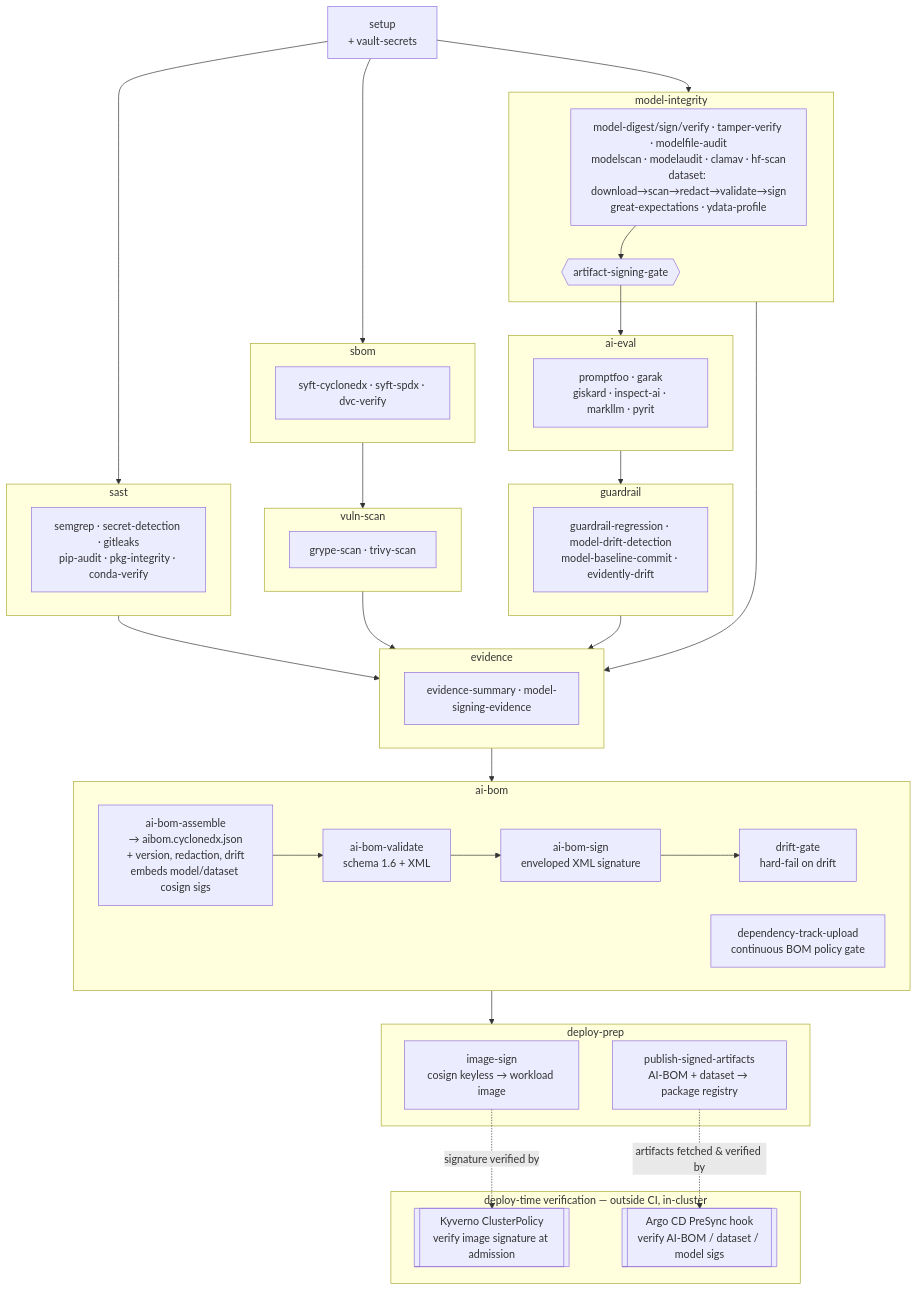
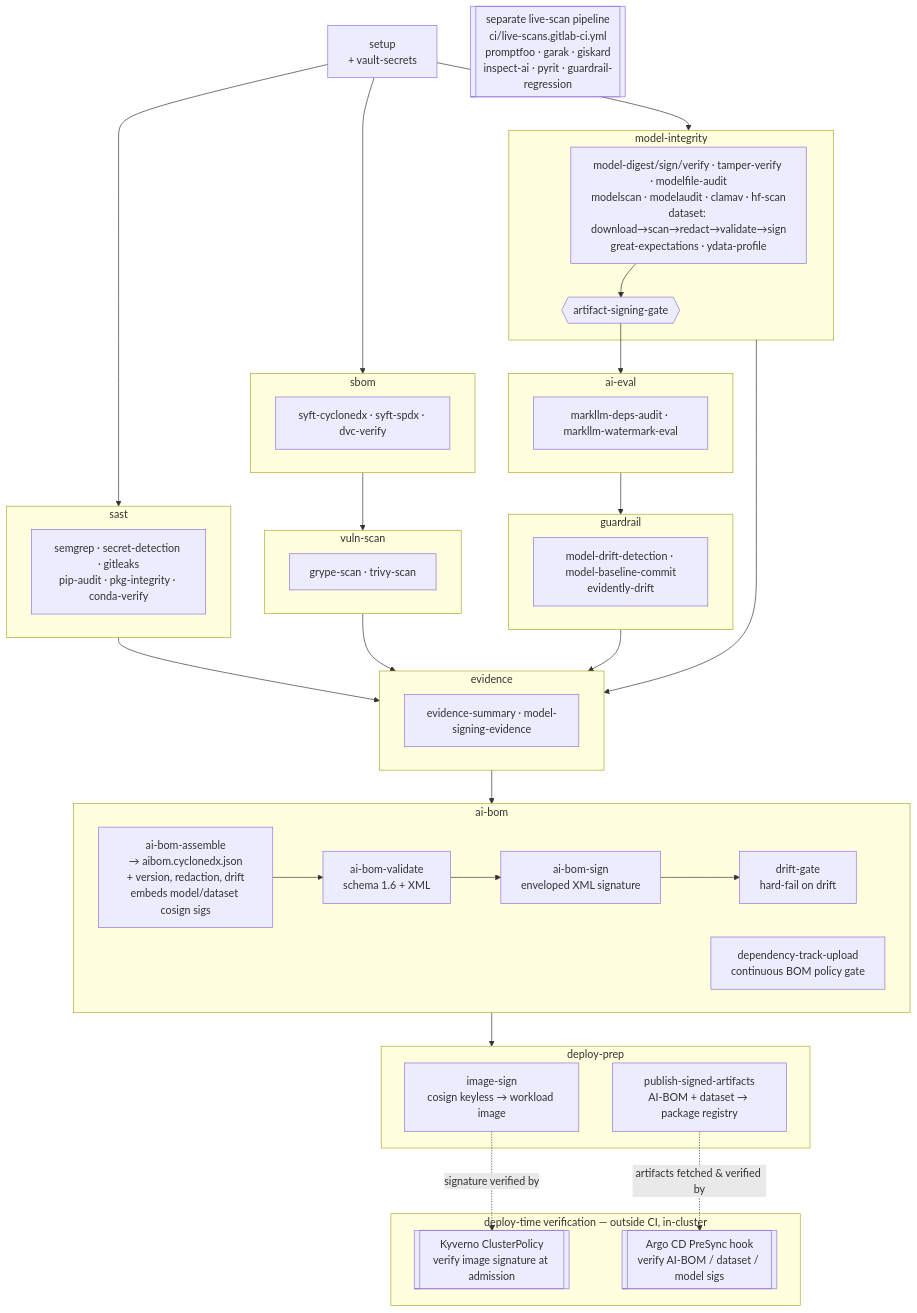
Before and after one commit to Nate-Carroll-Cyber/mlsecdevops-pipeline-example: the diagram in docs/gaips-materials/README.md, drawn with Mermaid. The commit also changed other lines of this file and 9 other files, not shown here.

First line of the commit message:
docs: reflect the live-scan pipeline split across all GAIPS tech docs

````diff
--- a/docs/gaips-materials/README.md
+++ b/docs/gaips-materials/README.md
@@ -78,49 +82,50 @@
 ```mermaid
 flowchart TD
     setup[setup<br/>+ vault-secrets]
 
     subgraph SAST [sast]
       sast_jobs[semgrep · secret-detection · gitleaks<br/>pip-audit · pkg-integrity · conda-verify]
     end
     subgraph SBOM [sbom]
       sbom_jobs[syft-cyclonedx · syft-spdx · dvc-verify]
     end
     subgraph VULN [vuln-scan]
       vuln_jobs[grype-scan · trivy-scan]
     end
     subgraph MI [model-integrity]
       mi_jobs[model-digest/sign/verify · tamper-verify · modelfile-audit<br/>modelscan · modelaudit · clamav · hf-scan<br/>dataset: download→scan→redact→validate→sign<br/>great-expectations · ydata-profile]
       gate{{artifact-signing-gate}}
       mi_jobs --> gate
     end
     subgraph EVAL [ai-eval]
-      eval_jobs[promptfoo · garak<br/>giskard · inspect-ai · markllm · pyrit]
+      eval_jobs[markllm-deps-audit · markllm-watermark-eval]
     end
     subgraph GUARD [guardrail]
-      guard_jobs[guardrail-regression · model-drift-detection<br/>model-baseline-commit · evidently-drift]
+      guard_jobs[model-drift-detection · model-baseline-commit<br/>evidently-drift]
     end
+    livescan[[separate live-scan pipeline<br/>ci/live-scans.gitlab-ci.yml<br/>promptfoo · garak · giskard<br/>inspect-ai · pyrit · guardrail-regression]]
     subgraph EVID [evidence]
       evid_jobs[evidence-summary · model-signing-evidence]
     end
     subgraph AIBOM [ai-bom]
       assemble[ai-bom-assemble<br/>→ aibom.cyclonedx.json<br/>+ version, redaction, drift<br/>embeds model/dataset cosign sigs] --> validate[ai-bom-validate<br/>schema 1.6 + XML] --> aibom_sign[ai-bom-sign<br/>enveloped XML signature] --> drift_gate[drift-gate<br/>hard-fail on drift]
       dtrack[dependency-track-upload<br/>continuous BOM policy gate]
     end
     subgraph DEPLOY [deploy-prep]
       imgsign[image-sign<br/>cosign keyless → workload image]
       publish[publish-signed-artifacts<br/>AI-BOM + dataset → package registry]
     end
     subgraph VERIFY [deploy-time verification — outside CI, in-cluster]
       kyverno[[Kyverno ClusterPolicy<br/>verify image signature at admission]]
       presync[[Argo CD PreSync hook<br/>verify AI-BOM / dataset / model sigs]]
     end
 
     setup --> SAST & SBOM & MI
     SBOM --> VULN
     gate --> EVAL --> GUARD
     SAST & VULN & GUARD & MI --> EVID
     EVID --> AIBOM
     AIBOM --> DEPLOY
     imgsign -. "signature verified by" .-> kyverno
     publish -. "artifacts fetched & verified by" .-> presync
 ```
````
